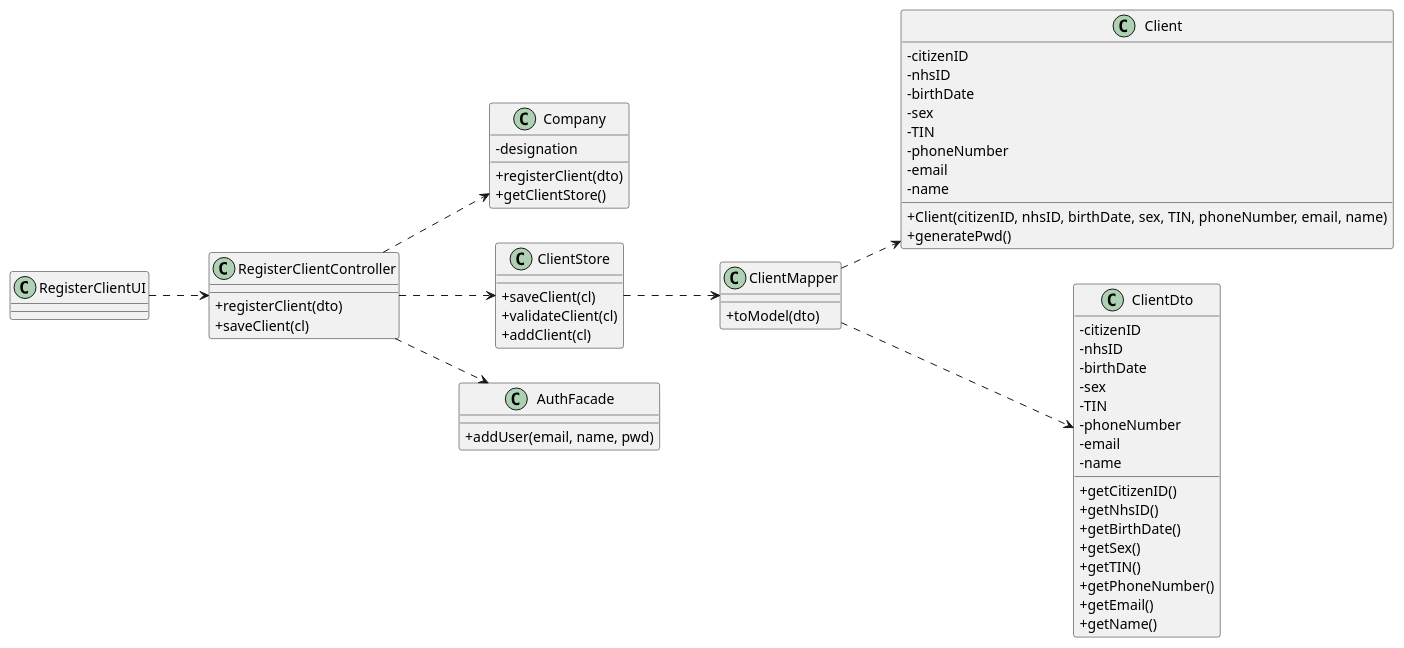
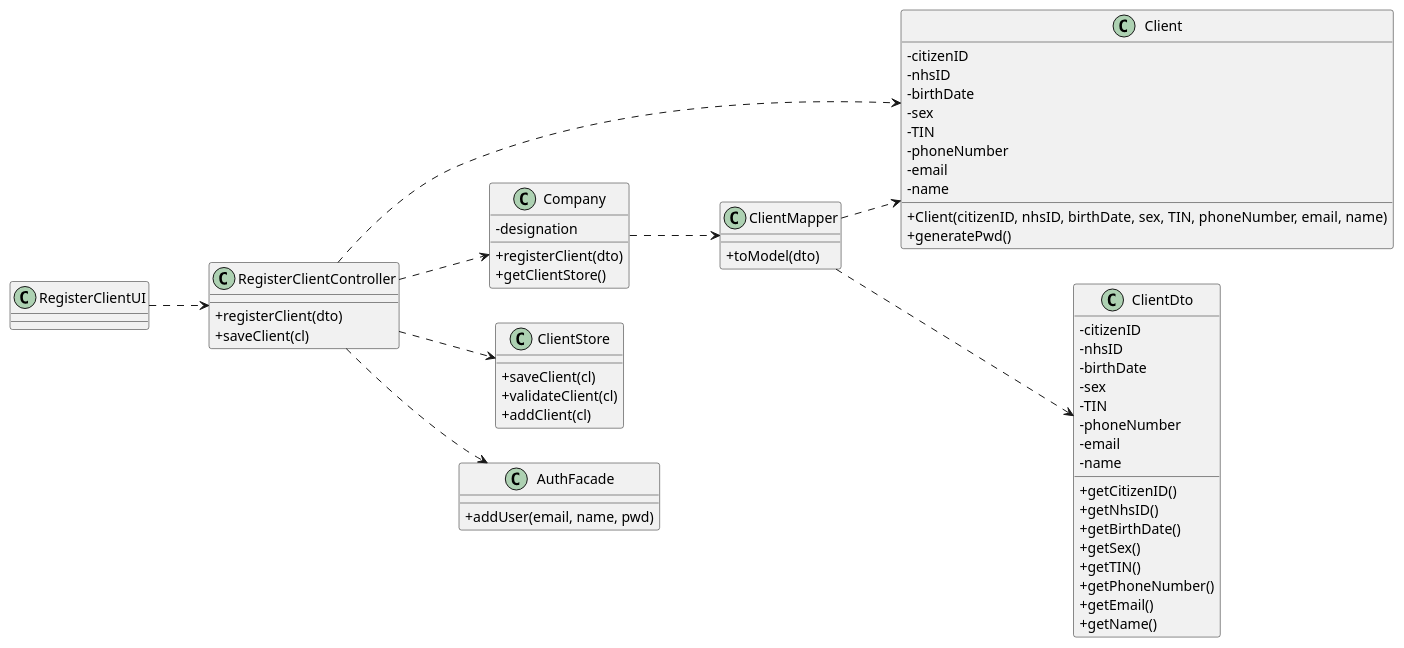
Before and after one commit to 0franciscor/lei-21-s2-1de-g19: the diagram in docs/SprintB/US03/US03-CD.puml, drawn with PlantUML. The commit also changed 2 other files, not shown here.

```diff
--- a/docs/SprintB/US03/US03-CD.puml
+++ b/docs/SprintB/US03/US03-CD.puml
@@ -1,74 +1,75 @@
 @startuml
 'https://plantuml.com/class-diagram
 
 skinparam classAttributeIconSize 0
 left to right direction
 
 class "Client" as cl {
 -citizenID
 -nhsID
 -birthDate
 -sex
 -TIN
 -phoneNumber
 -email
 -name
 +Client(citizenID, nhsID, birthDate, sex, TIN, phoneNumber, email, name)
 +generatePwd()
 }
 class "RegisterClientController" as RCC {
 +registerClient(dto)
 +saveClient(cl)
 }
 
 class "Company" as C {
 -designation
 +registerClient(dto)
 +getClientStore()
 }
 
 class "RegisterClientUI" as RCUI
 
 class "ClientStore" as CS {
 +saveClient(cl)
 +validateClient(cl)
 +addClient(cl)
 }
 
 class "AuthFacade" as AF {
 +addUser(email, name, pwd)
 }
 
 class "ClientDto" as CDTO {
 -citizenID
 -nhsID
 -birthDate
 -sex
 -TIN
 -phoneNumber
 -email
 -name
 +getCitizenID()
 +getNhsID()
 +getBirthDate()
 +getSex()
 +getTIN()
 +getPhoneNumber()
 +getEmail()
 +getName()
 }
 
 class "ClientMapper" as CM {
 +toModel(dto)
 }
 
 RCUI ..> RCC
 RCC ..> C
 RCC ..> CS
-CS ..> CM
+C ..> CM
 CM ..> CDTO
 CM ..> cl
 RCC ..> AF
+RCC ..> cl
 
 
 @enduml
```
